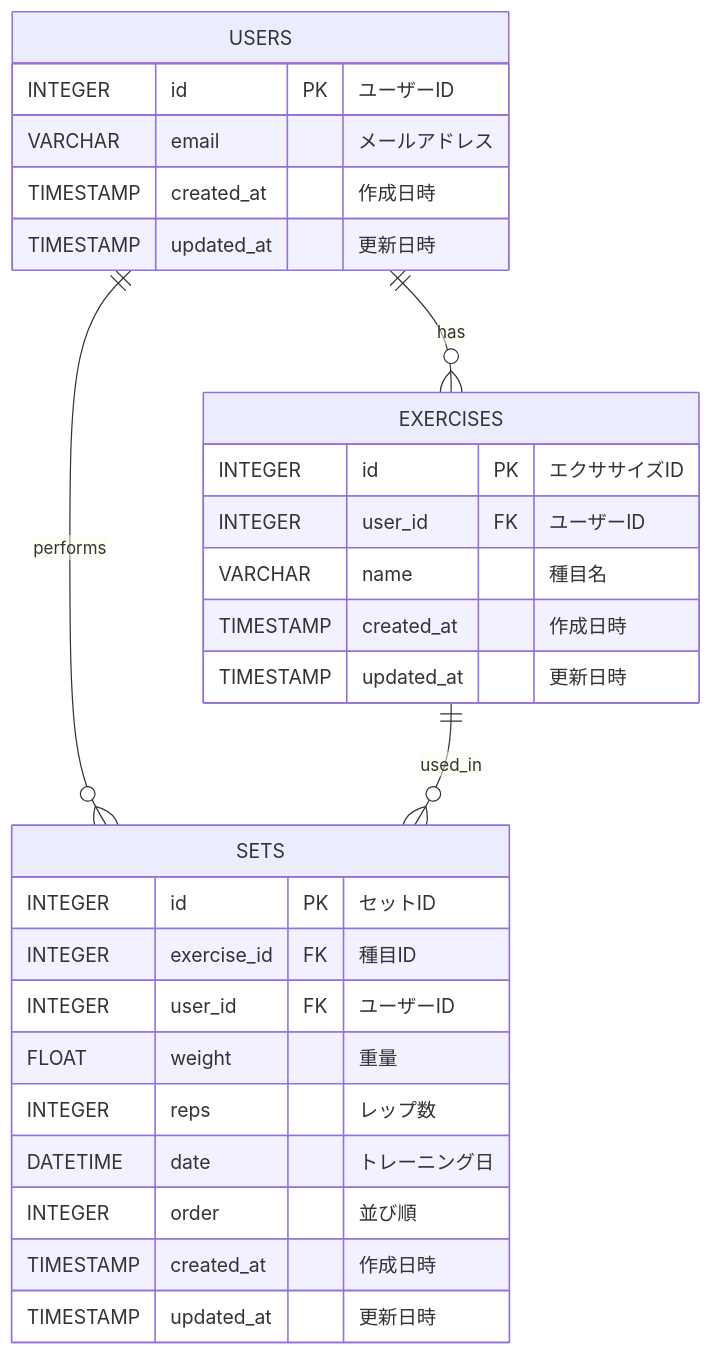
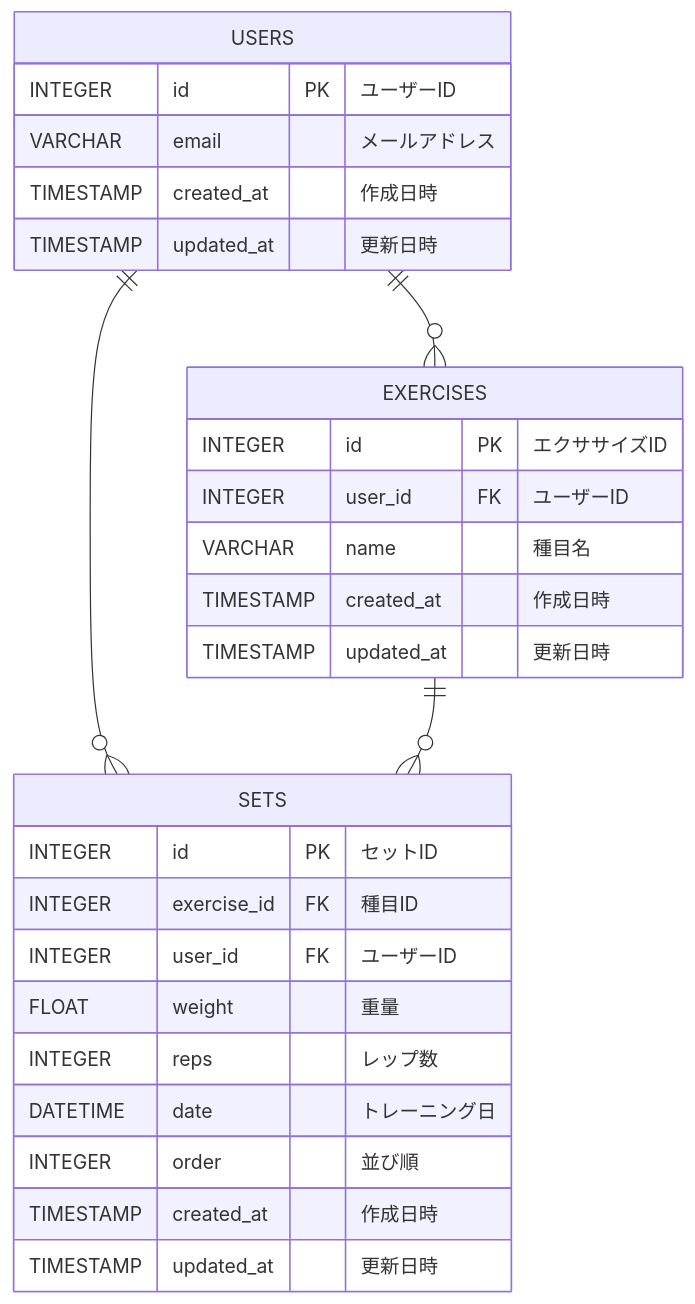
One commit to t-miura-024/lifro changed the diagram in docs/design/ER図.md. Above: the diagram before and after it, drawn with Mermaid. The commit also changed 90 other files, not shown here.

````diff
--- a/docs/design/ER図.md
+++ b/docs/design/ER図.md
@@ -3,33 +3,33 @@
 ```mermaid
 erDiagram
     USERS {
         INTEGER id PK "ユーザーID"
         VARCHAR email "メールアドレス"
         TIMESTAMP created_at "作成日時"
         TIMESTAMP updated_at "更新日時"
     }
 
     SETS {
         INTEGER id PK "セットID"
         INTEGER exercise_id FK "種目ID"
         INTEGER user_id FK "ユーザーID"
         FLOAT weight "重量"
         INTEGER reps "レップ数"
         DATETIME date "トレーニング日"
         INTEGER order "並び順"
         TIMESTAMP created_at "作成日時"
         TIMESTAMP updated_at "更新日時"
     }
 
     EXERCISES {
         INTEGER id PK "エクササイズID"
         INTEGER user_id FK "ユーザーID"
         VARCHAR name "種目名"
         TIMESTAMP created_at "作成日時"
         TIMESTAMP updated_at "更新日時"
     }
 
-    USERS ||--o{ EXERCISES : "has"
-    USERS ||--o{ SETS : "performs"
-    EXERCISES ||--o{ SETS : "used_in"
+    USERS ||--o{ EXERCISES : ""
+    USERS ||--o{ SETS : ""
+    EXERCISES ||--o{ SETS : ""
 ```
````
